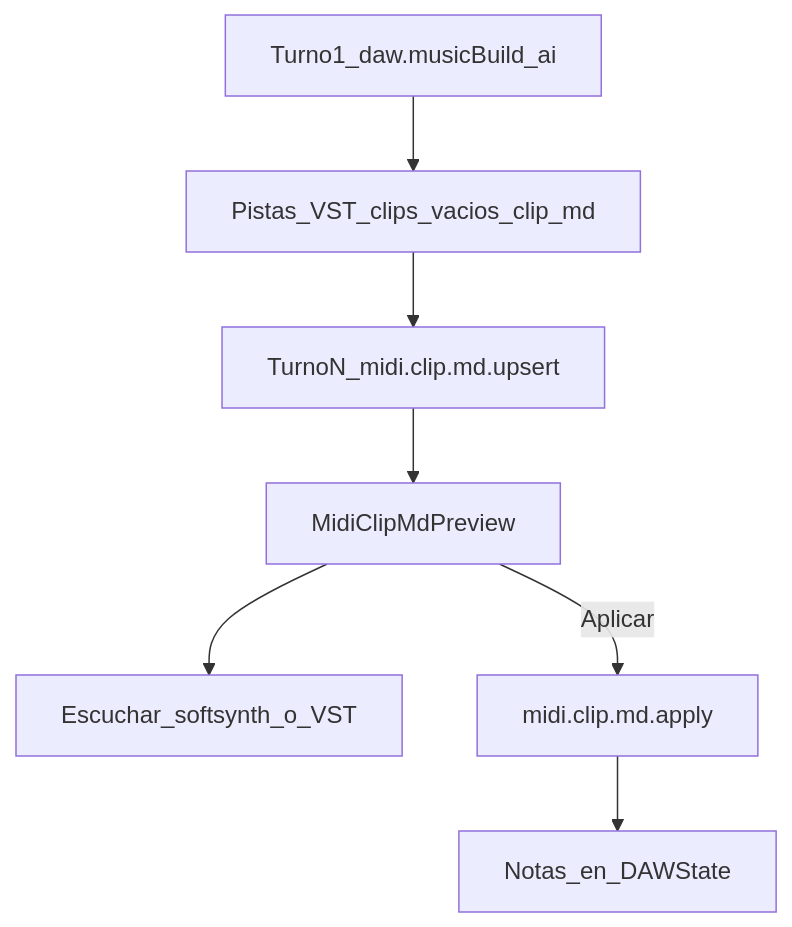
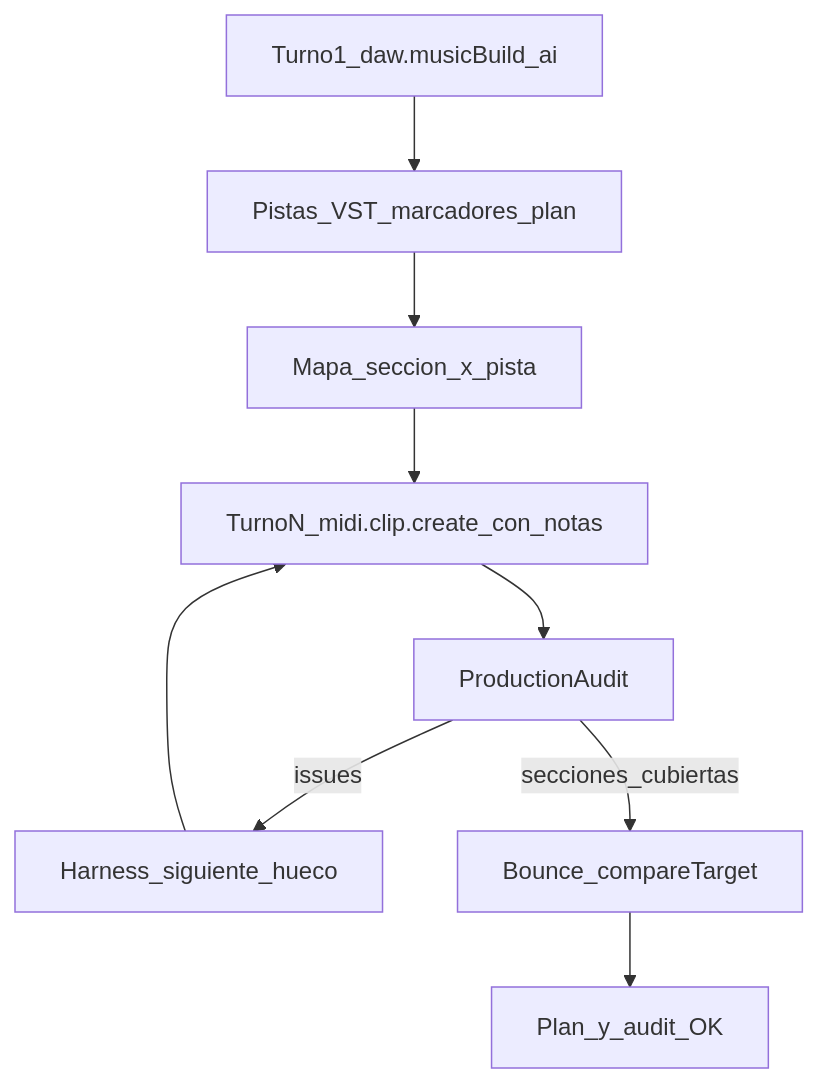
One commit to JASBOOTSTUDIOS/jaswaveaudio changed the first of 2 diagrams in docs/ia-comunicacion-daw/05-notas-ia-vs-codigo.md. Above: the diagram before and after it, drawn with Mermaid. The commit also changed other lines of this file and 162 other files, not shown here.

````diff
--- a/docs/ia-comunicacion-daw/05-notas-ia-vs-codigo.md
+++ b/docs/ia-comunicacion-daw/05-notas-ia-vs-codigo.md
@@ -21,13 +21,15 @@
 ```mermaid
 flowchart TD
   LLM1[Turno1_daw.musicBuild_ai]
-  Struct[Pistas_VST_clips_vacios_clip_md]
-  LLM2[TurnoN_midi.clip.md.upsert]
-  Card[MidiClipMdPreview]
-  Aud[Escuchar_softsynth_o_VST]
-  Apply[midi.clip.md.apply]
-  State[Notas_en_DAWState]
+  Struct[Pistas_VST_marcadores_plan]
+  Gap[Mapa_seccion_x_pista]
+  LLM2[TurnoN_midi.clip.create_con_notas]
+  Audit[ProductionAudit]
+  Harness[Harness_siguiente_hueco]
+  Bounce[Bounce_compareTarget]
+  Done[Plan_y_audit_OK]
 
-  LLM1 --> Struct --> LLM2 --> Card --> Aud
-  Card -->|Aplicar| Apply --> State
+  LLM1 --> Struct --> Gap --> LLM2 --> Audit
+  Audit -->|issues| Harness --> LLM2
+  Audit -->|secciones_cubiertas| Bounce --> Done
 ```
````
